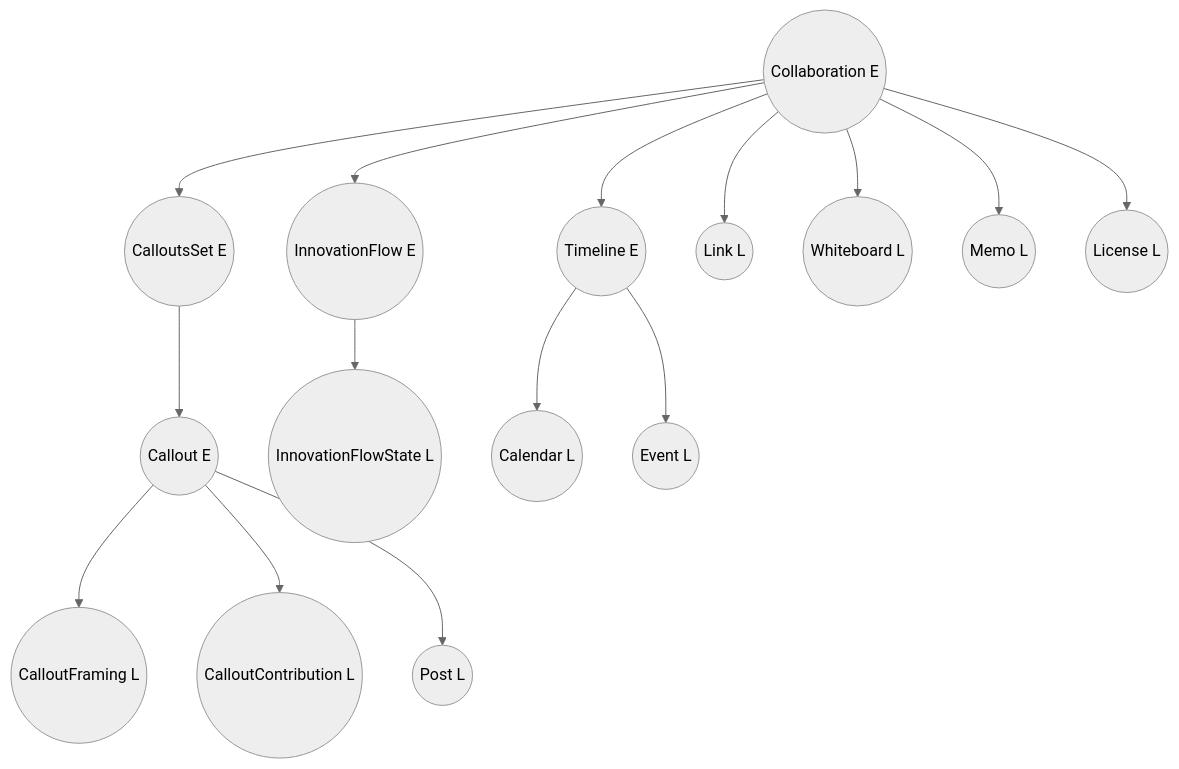
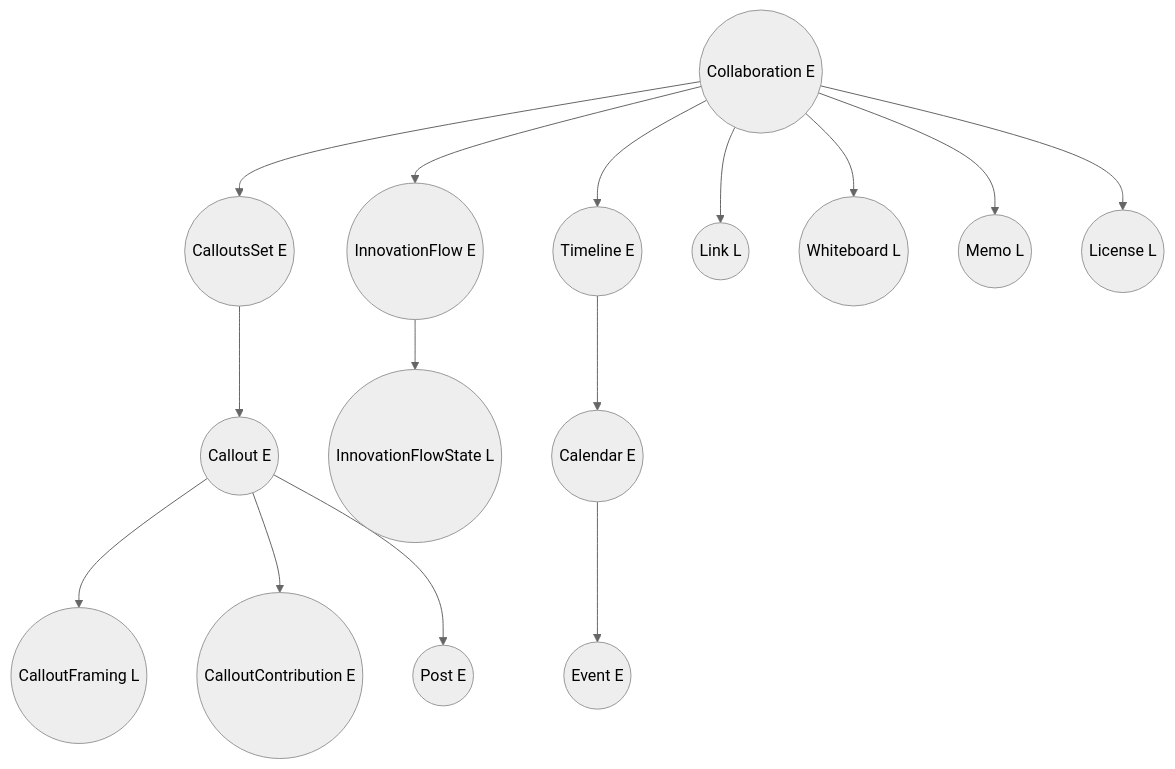
One commit to alkem-io/server changed the tenth of 12 diagrams in docs/authorization-forest.md. Above: the diagram before and after it, drawn with Mermaid (neutral theme). The commit also changed other lines of this file and 1 other file, not shown here.

````diff
--- a/docs/authorization-forest.md
+++ b/docs/authorization-forest.md
@@ -137,17 +189,17 @@
 ```mermaid
 graph TD
 	Collaboration((Collaboration E)) --> CalloutsSet((CalloutsSet E))
 	CalloutsSet --> Callout((Callout E))
 	Callout --> CalloutFraming((CalloutFraming L))
-	Callout --> CalloutContribution((CalloutContribution L))
-	Callout --> Post((Post L))
+	Callout --> CalloutContribution((CalloutContribution E))
+	Callout --> Post((Post E))
 	Collaboration --> InnovationFlow((InnovationFlow E))
 	InnovationFlow --> InnovationFlowState((InnovationFlowState L))
 	Collaboration --> Timeline((Timeline E))
-	Timeline --> Calendar((Calendar L))
-	Timeline --> Event((Event L))
+	Timeline --> Calendar((Calendar E))
+	Calendar --> Event((Event E))
 	Collaboration --> Link((Link L))
 	Collaboration --> Whiteboard((Whiteboard L))
 	Collaboration --> Memo((Memo L))
 	Collaboration --> License((License L))
 ```
````
